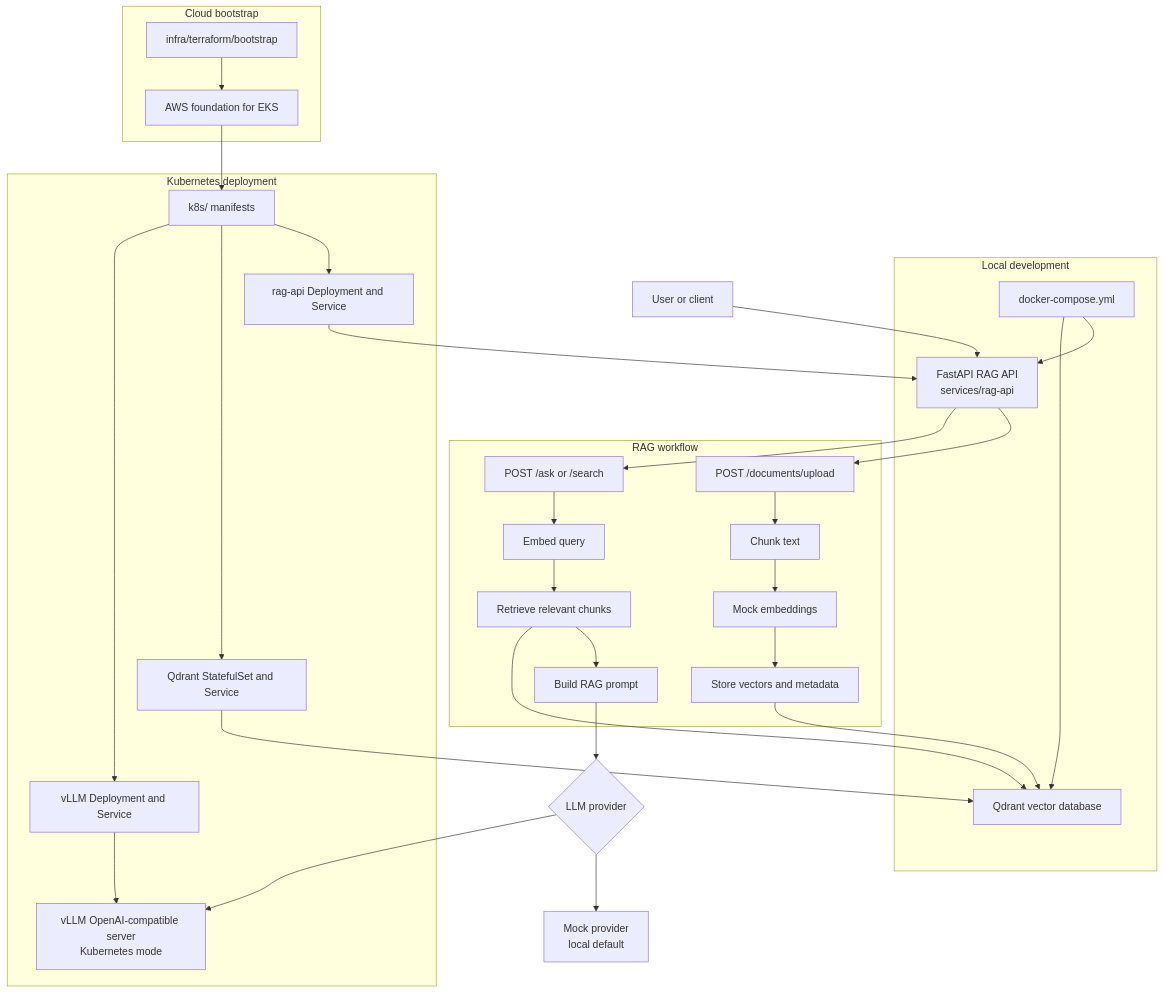
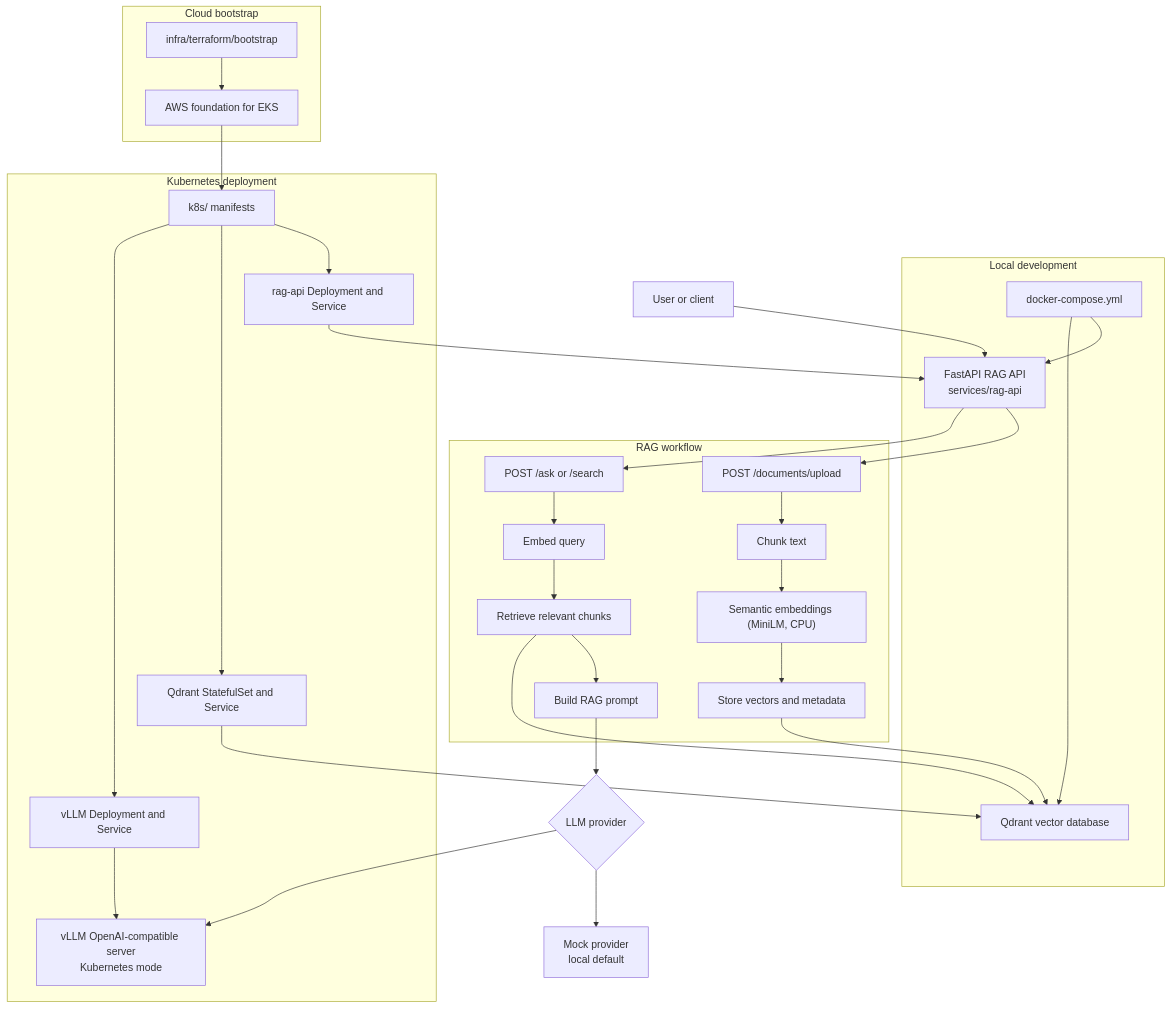
Before and after one commit to SecureCloudOps/llm-rag-infra-platform: the diagram in README.md, drawn with Mermaid. The commit also changed other lines of this file and 41 other files, not shown here.

Commit message:
Add pinned CPU semantic embeddings and Qdrant compatibility validation

````diff
--- a/README.md
+++ b/README.md
@@ -77,40 +77,40 @@
 ```mermaid
 flowchart TB
     User["User or client"] --> API["FastAPI RAG API<br/>services/rag-api"]
 
     subgraph "RAG workflow"
         Upload["POST /documents/upload"] --> Chunk["Chunk text"]
-        Chunk --> Embed["Mock embeddings"]
+        Chunk --> Embed["Semantic embeddings (MiniLM, CPU)"]
         Embed --> Store["Store vectors and metadata"]
         Ask["POST /ask or /search"] --> QueryEmbed["Embed query"]
         QueryEmbed --> Retrieve["Retrieve relevant chunks"]
         Retrieve --> Prompt["Build RAG prompt"]
     end
 
     API --> Upload
     API --> Ask
     Store --> Qdrant["Qdrant vector database"]
     Retrieve --> Qdrant
     Prompt --> Provider{"LLM provider"}
     Provider --> Mock["Mock provider<br/>local default"]
     Provider --> VLLM["vLLM OpenAI-compatible server<br/>Kubernetes mode"]
 
     subgraph "Local development"
         Compose["docker-compose.yml"] --> API
         Compose --> Qdrant
     end
 
     subgraph "Kubernetes deployment"
         K8s["k8s/ manifests"] --> ApiDeploy["rag-api Deployment and Service"]
         K8s --> QdrantStateful["Qdrant StatefulSet and Service"]
         K8s --> VllmDeploy["vLLM Deployment and Service"]
         ApiDeploy --> API
         QdrantStateful --> Qdrant
         VllmDeploy --> VLLM
     end
 
     subgraph "Cloud bootstrap"
         Terraform["infra/terraform/bootstrap"] --> AWS["AWS foundation for EKS"]
         AWS --> K8s
     end
 ```
````
